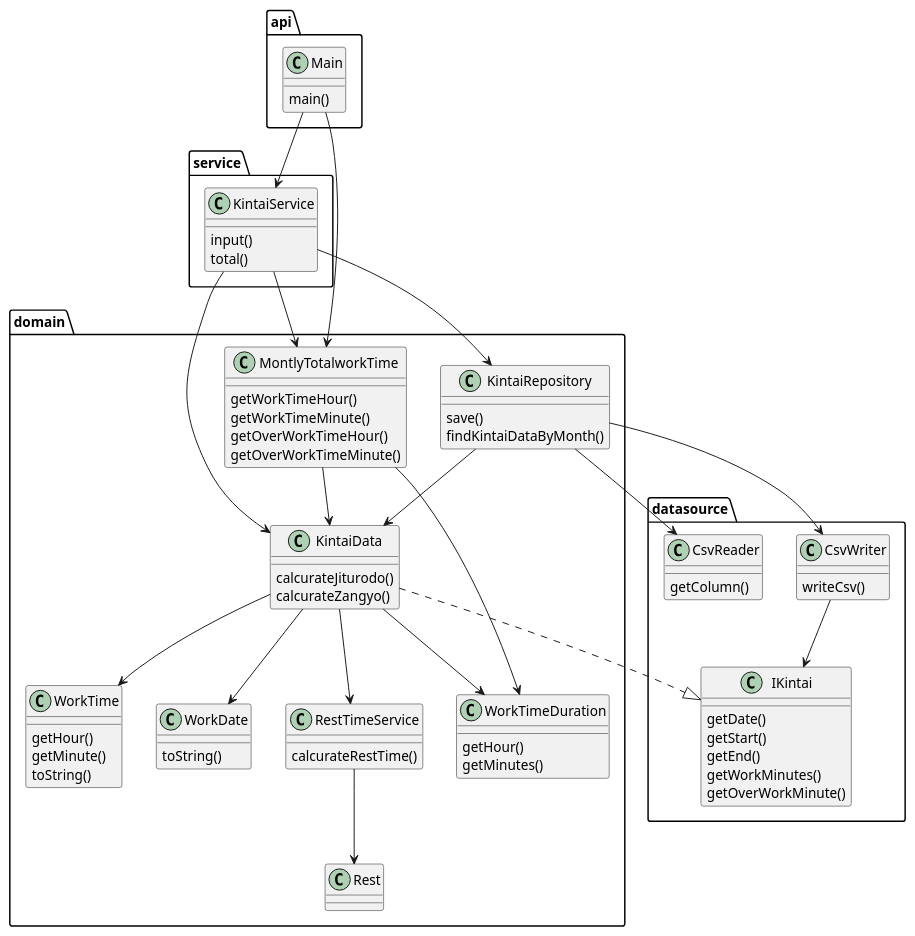
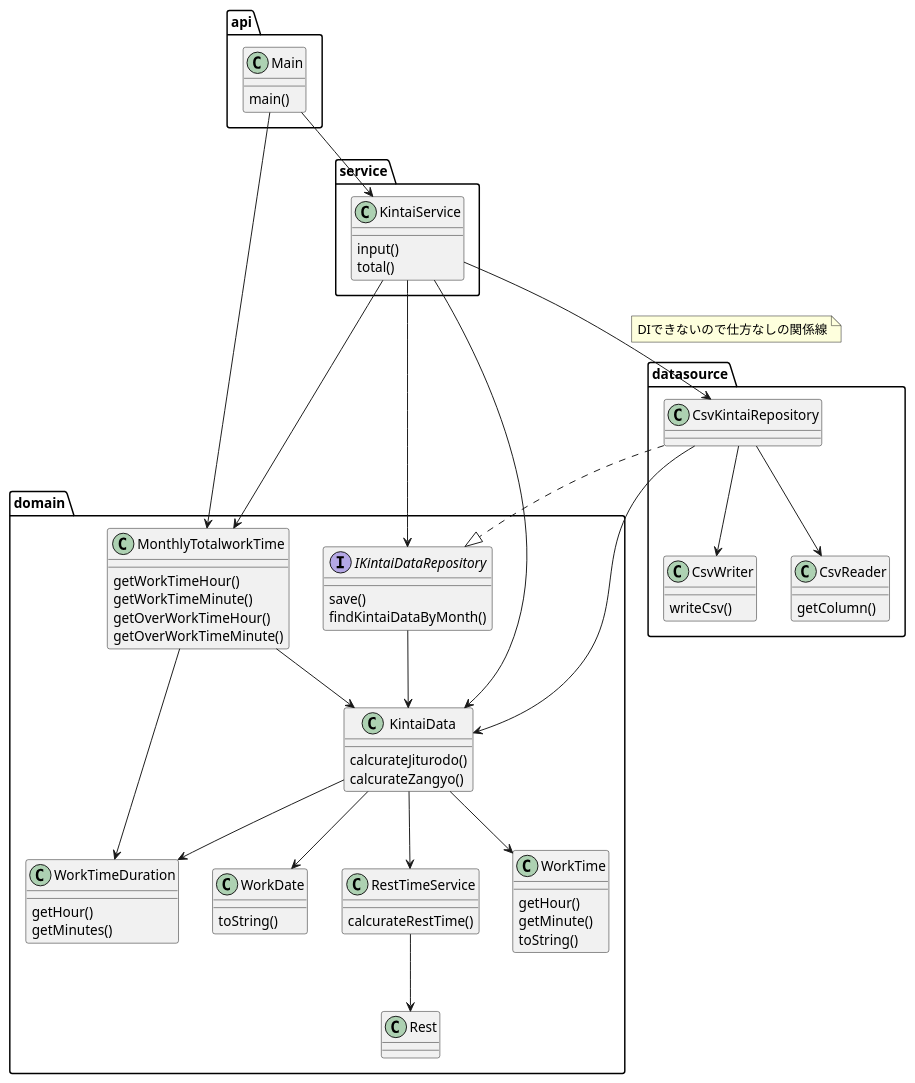
One commit to biglobe-isp/kintai changed the diagram in doc/classs-diagram.pu. Above: the diagram before and after it, drawn with PlantUML. The commit also changed 7 other files, not shown here.

```diff
--- a/doc/classs-diagram.pu
+++ b/doc/classs-diagram.pu
@@ -1,86 +1,86 @@
 @startuml
 package "api" {
     class Main{
         main()
     }
 }
 
 package "service" {
     class KintaiService{
         input()
         total()
     }
 }
 
 package "datasource"{
-    class IKintai{
-        getDate()
-        getStart()
-        getEnd()
-        getWorkMinutes()
-        getOverWorkMinute()
 
-    }
 class CsvWriter{
     writeCsv()
 }
 class CsvReader{
     getColumn()
+}
+class CsvKintaiRepository{
+
 }
 } 
 package "domain"{
 class KintaiData{
     calcurateJiturodo()
     calcurateZangyo()
 }
-class KintaiRepository{
+interface IKintaiDataRepository{
     save()
     findKintaiDataByMonth()
 }
-class MontlyTotalworkTime{
+class MonthlyTotalworkTime{
     getWorkTimeHour()
     getWorkTimeMinute()
     getOverWorkTimeHour()
     getOverWorkTimeMinute()
 
 }
 class WorkTime{
     getHour()
     getMinute()
     toString()
 }
 class WorkTimeDuration{
     getHour()
     getMinutes()
 }
 class WorkDate{
     toString()
 }
 class Rest
 class RestTimeService{
     calcurateRestTime()
 }
 } 
 
 
 Main-->KintaiService
-Main-->MontlyTotalworkTime
+Main-->MonthlyTotalworkTime
 KintaiService-->KintaiData
-KintaiService-->KintaiRepository
-KintaiService-->MontlyTotalworkTime
+KintaiService-->IKintaiDataRepository
+KintaiService-->MonthlyTotalworkTime
+KintaiService-->CsvKintaiRepository
+note right on link: DIできないので仕方なしの関係線
 KintaiData-->WorkTime
 KintaiData-->WorkDate
 KintaiData-->WorkTimeDuration
-KintaiData..|>IKintai
 KintaiData-->RestTimeService
 RestTimeService-->Rest
 
-KintaiRepository-->CsvReader
-KintaiRepository-->CsvWriter
-KintaiRepository-->KintaiData
-MontlyTotalworkTime-->WorkTimeDuration
-MontlyTotalworkTime-->KintaiData
+IKintaiDataRepository-->KintaiData
+MonthlyTotalworkTime-->WorkTimeDuration
+MonthlyTotalworkTime-->KintaiData
 
 
-CsvWriter-->IKintai
+CsvKintaiRepository..|>IKintaiDataRepository
+CsvKintaiRepository-->KintaiData
+CsvKintaiRepository-->CsvWriter
+CsvKintaiRepository-->CsvReader
+
+
 @enduml
```
